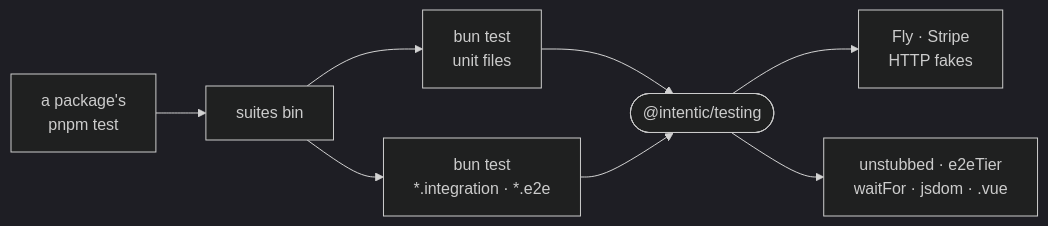
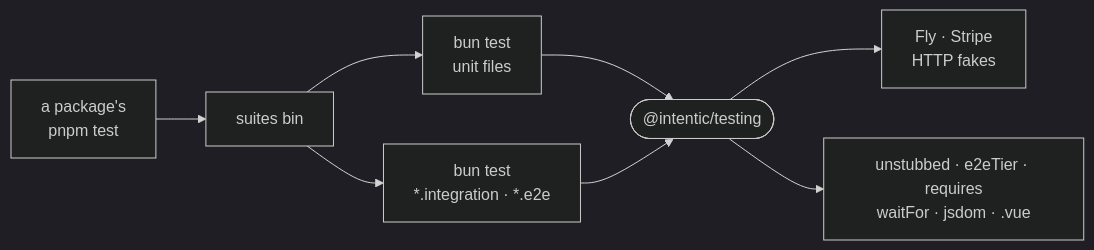
One commit to intentic/intentic changed the diagram in _tools/testing/README.md. Above: the diagram before and after it, drawn with Mermaid (dark theme). The commit also changed other lines of this file and 147 other files, not shown here.

````diff
--- a/_tools/testing/README.md
+++ b/_tools/testing/README.md
@@ -5,10 +5,10 @@
 ```mermaid
 flowchart LR
     script["a package's<br/>pnpm test"] --> suites["suites bin"]
     suites --> unit["bun test<br/>unit files"]
     suites --> slow["bun test<br/>*.integration · *.e2e"]
     unit --> testing(["@intentic/testing"])
     slow --> testing
     testing --> fakes["Fly · Stripe<br/>HTTP fakes"]
-    testing --> helpers["unstubbed · e2eTier<br/>waitFor · jsdom · .vue"]
+    testing --> helpers["unstubbed · e2eTier · requires<br/>waitFor · jsdom · .vue"]
 ```
````
